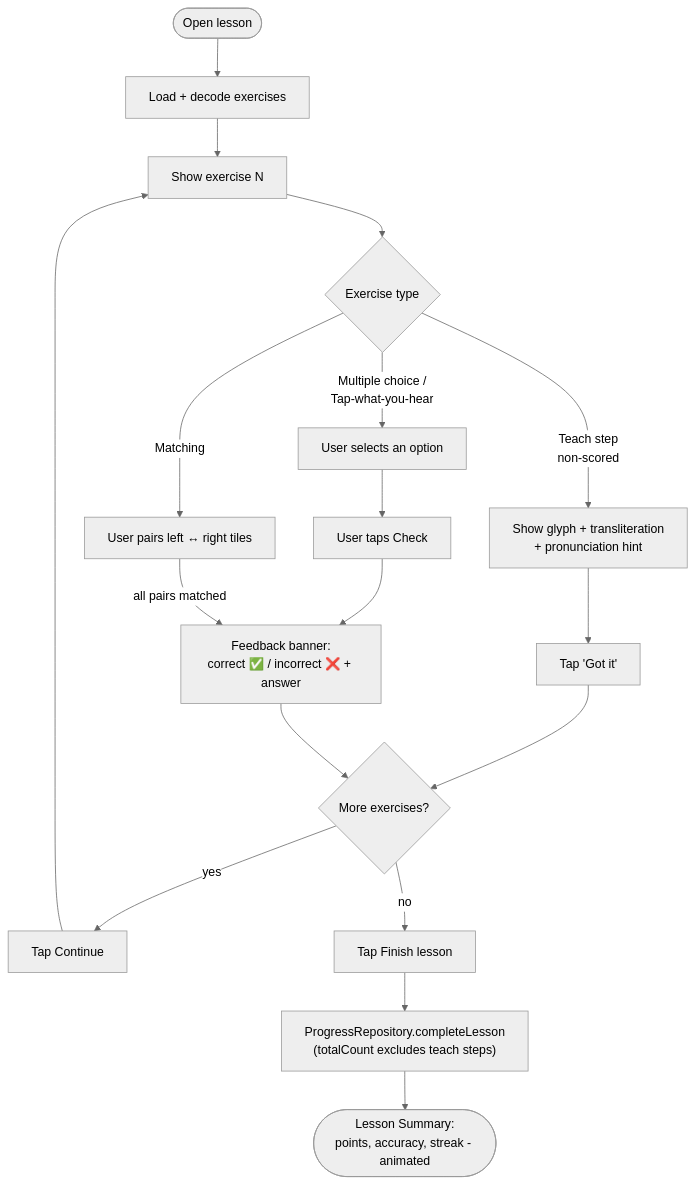
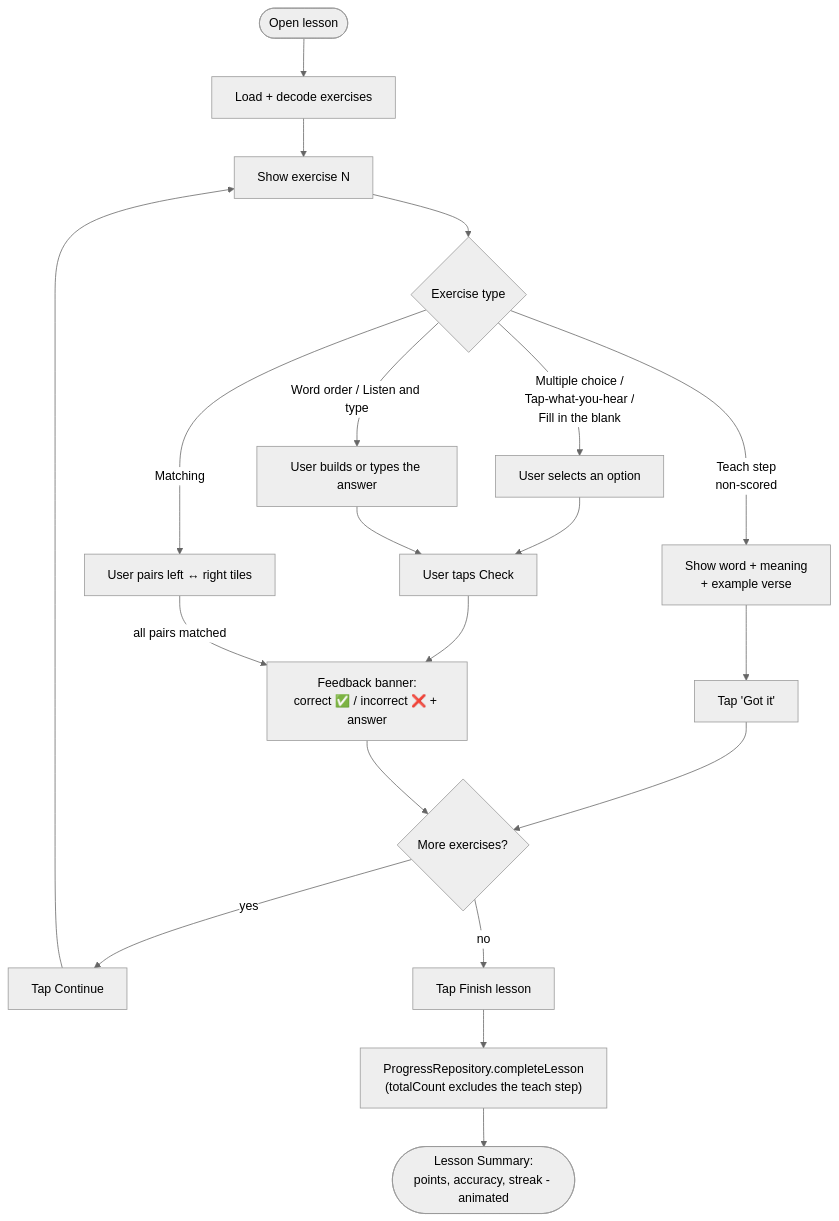
The third of 4 diagrams in docs/USER_FLOWS.md (deanybytes/QuranicWords), drawn with Mermaid (neutral theme) before and after one commit. The commit also changed other lines of this file and 44 other files, not shown here.

````diff
--- a/docs/USER_FLOWS.md
+++ b/docs/USER_FLOWS.md
@@ -81,18 +74,20 @@
 ```mermaid
 flowchart TD
     Start([Open lesson]) --> Load[Load + decode exercises]
     Load --> Show[Show exercise N]
     Show --> Type{Exercise type}
-    Type -->|Teach step<br/>non-scored| Teach["Show glyph + transliteration<br/>+ pronunciation hint"]
+    Type -->|Teach step<br/>non-scored| Teach["Show word + meaning<br/>+ example verse"]
     Teach --> Got["Tap 'Got it'"] --> More
-    Type -->|Multiple choice /<br/>Tap-what-you-hear| Select[User selects an option]
+    Type -->|Multiple choice /<br/>Tap-what-you-hear /<br/>Fill in the blank| Select[User selects an option]
     Select --> Check[User taps Check]
     Check --> Feedback1[Feedback banner:<br/>correct ✅ / incorrect ❌ + answer]
     Type -->|Matching| Match[User pairs left ↔ right tiles]
     Match -->|all pairs matched| Feedback1
+    Type -->|Word order / Listen and type| Build[User builds or types the answer]
+    Build --> Check
     Feedback1 --> More{More exercises?}
     More -->|yes| Continue[Tap Continue] --> Show
     More -->|no| Finish[Tap Finish lesson]
-    Finish --> Complete["ProgressRepository.completeLesson<br/>(totalCount excludes teach steps)"]
+    Finish --> Complete["ProgressRepository.completeLesson<br/>(totalCount excludes the teach step)"]
     Complete --> Summary([Lesson Summary:<br/>points, accuracy, streak - animated])
 ```
````
